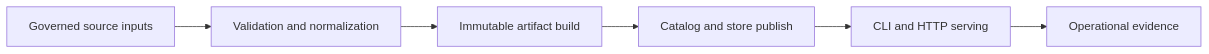
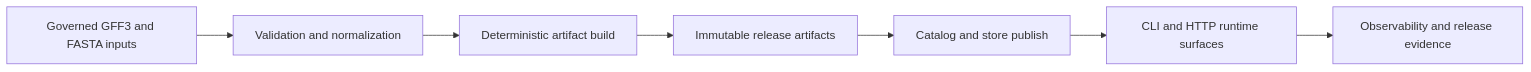
The first of 4 diagrams in docs/index.md (bijux/bijux-atlas), drawn with Mermaid before and after one commit. The commit also changed other lines of this file and 2 other files, not shown here.

Commit message:
docs(landing): clarify atlas release surfaces and canonical badge urls

````diff
--- a/docs/index.md
+++ b/docs/index.md
@@ -46,8 +59,9 @@
 ```mermaid
 flowchart LR
-    source[Governed source inputs] --> validate[Validation and normalization]
-    validate --> build[Immutable artifact build]
-    build --> publish[Catalog and store publish]
-    publish --> serve[CLI and HTTP serving]
-    serve --> observe[Operational evidence]
+    source[Governed GFF3 and FASTA inputs] --> validate[Validation and normalization]
+    validate --> build[Deterministic artifact build]
+    build --> release[Immutable release artifacts]
+    release --> publish[Catalog and store publish]
+    publish --> serve[CLI and HTTP runtime surfaces]
+    serve --> observe[Observability and release evidence]
 ```
````
